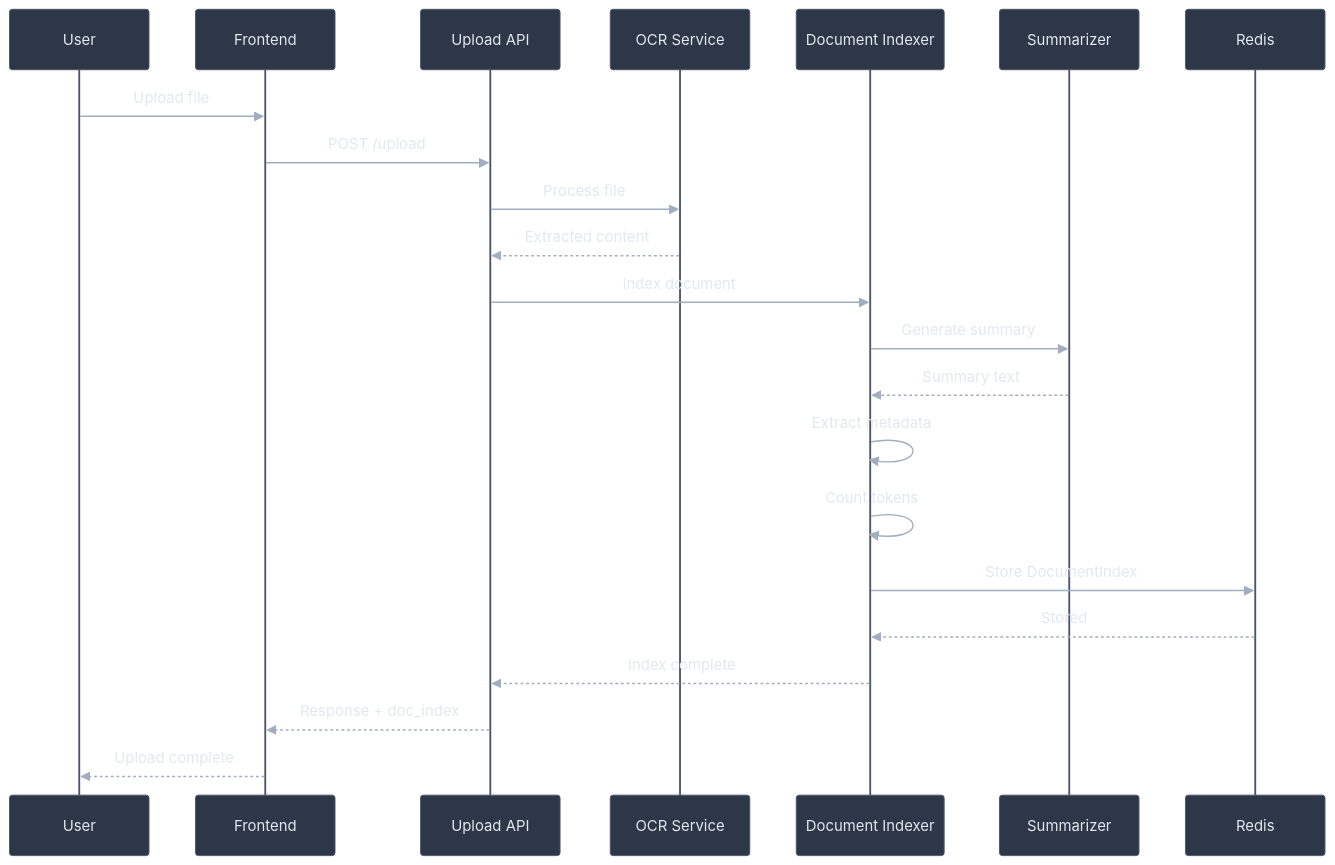
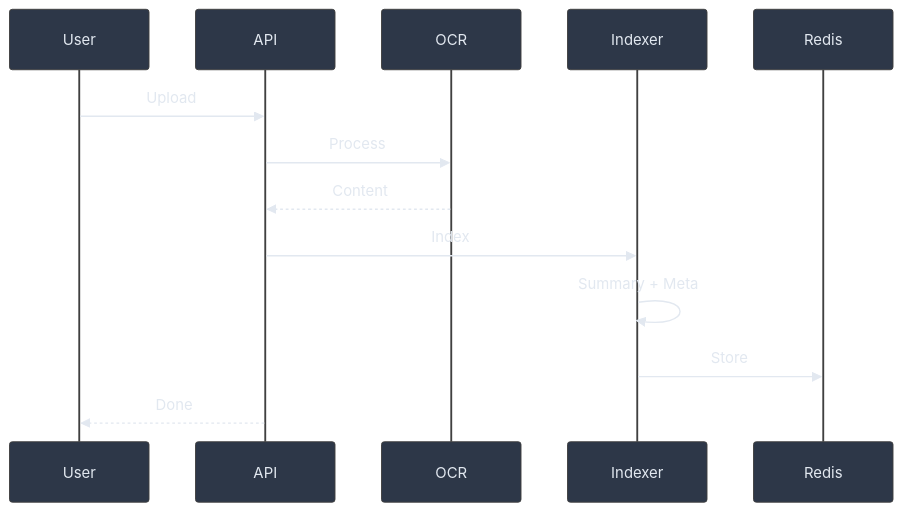
One commit to manumishra-zm/execution_plan changed the tenth of 17 diagrams in chat_context/chat_context.md. Above: the diagram before and after it, drawn with Mermaid. The commit also changed other lines of this file, not shown here.

````diff
--- a/chat_context/chat_context.md
+++ b/chat_context/chat_context.md
@@ -539,29 +332,16 @@
 ```mermaid
-%%{init: {'theme': 'base', 'themeVariables': { 'primaryColor': '#4a5568', 'primaryTextColor': '#e2e8f0', 'lineColor': '#a0aec0', 'actorTextColor': '#e2e8f0', 'actorBkg': '#2d3748', 'actorBorder': '#4a5568', 'signalColor': '#a0aec0', 'signalTextColor': '#e2e8f0'}}}%%
+%%{init: {'theme': 'base', 'themeVariables': { 'primaryColor': '#4a5568', 'primaryTextColor': '#e2e8f0', 'lineColor': '#a0aec0', 'actorBkg': '#2d3748'}}}%%
 sequenceDiagram
     participant U as User
-    participant FE as Frontend
-    participant API as Upload API
-    participant OCR as OCR Service
-    participant IDX as Document Indexer
-    participant SUM as Summarizer
+    participant API as API
+    participant OCR as OCR
+    participant IDX as Indexer
     participant DB as Redis
-
-    U->>FE: Upload file
-    FE->>API: POST /upload
-    API->>OCR: Process file
-    OCR-->>API: Extracted content
-
-    API->>IDX: Index document
-    IDX->>SUM: Generate summary
-    SUM-->>IDX: Summary text
-
-    IDX->>IDX: Extract metadata
-    IDX->>IDX: Count tokens
-    IDX->>DB: Store DocumentIndex
-
-    DB-->>IDX: Stored
-    IDX-->>API: Index complete
-    API-->>FE: Response + doc_index
-    FE-->>U: Upload complete
+    U->>API: Upload
+    API->>OCR: Process
+    OCR-->>API: Content
+    API->>IDX: Index
+    IDX->>IDX: Summary + Meta
+    IDX->>DB: Store
+    API-->>U: Done
 ```
````
